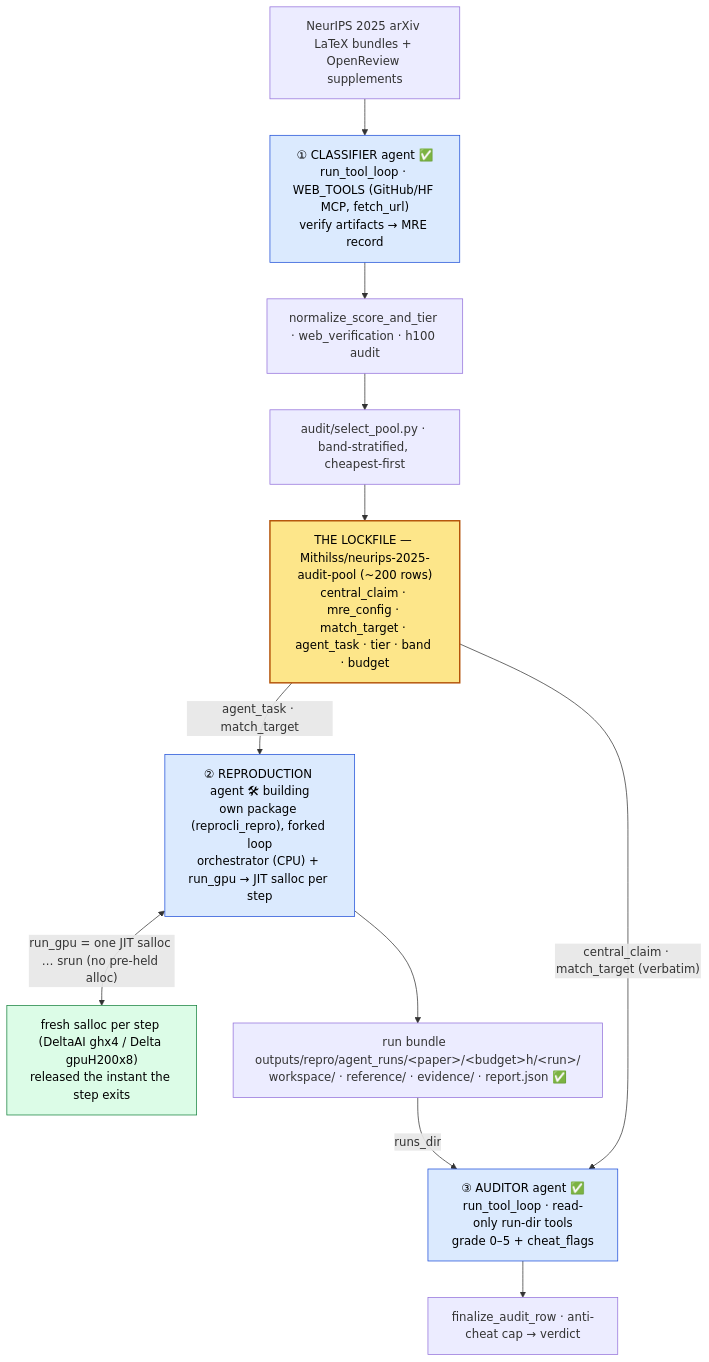
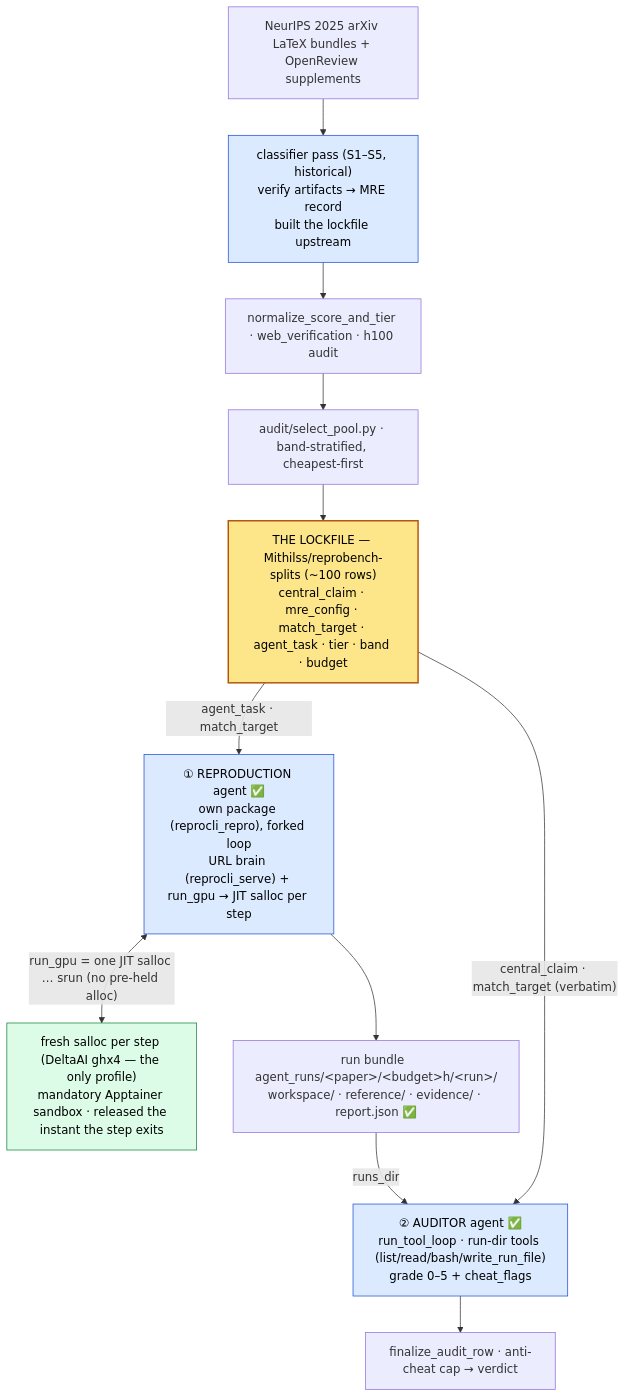
Before and after one commit to mithils3/reprocli: the diagram in docs/architecture.md, drawn with Mermaid. The commit also changed other lines of this file and 1 other file, not shown here.

First line of the commit message:
docs: rewrite architecture for the two-halves system (URL-only brains + reprocli_serve)

````diff
--- a/docs/architecture.md
+++ b/docs/architecture.md
@@ -32,26 +36,26 @@
 ```mermaid
 flowchart TD
   classDef lock fill:#fde68a,stroke:#b45309,stroke-width:2px,color:#000;
   classDef llm  fill:#dbeafe,stroke:#1d4ed8,color:#000;
   classDef gpu  fill:#dcfce7,stroke:#15803d,color:#000;
 
   A["NeurIPS 2025 arXiv LaTeX bundles + OpenReview supplements"]
-  CL["① CLASSIFIER agent ✅<br/>run_tool_loop · WEB_TOOLS (GitHub/HF MCP, fetch_url)<br/>verify artifacts → MRE record"]:::llm
+  CL["classifier pass (S1–S5, historical)<br/>verify artifacts → MRE record<br/>built the lockfile upstream"]:::llm
   POST1["normalize_score_and_tier · web_verification · h100 audit"]
   SEL["audit/select_pool.py · band-stratified, cheapest-first"]
-  LOCK["THE LOCKFILE — Mithilss/neurips-2025-audit-pool (~200 rows)<br/>central_claim · mre_config · match_target · agent_task · tier · band · budget"]:::lock
-  RA["② REPRODUCTION agent 🛠 building<br/>own package (reprocli_repro), forked loop<br/>orchestrator (CPU) + run_gpu → JIT salloc per step"]:::llm
-  GPU["fresh salloc per step (DeltaAI ghx4 / Delta gpuH200x8)<br/>released the instant the step exits"]:::gpu
-  BUN["run bundle  outputs/repro/agent_runs/&lt;paper&gt;/&lt;budget&gt;h/&lt;run&gt;/<br/>workspace/ · reference/ · evidence/ · report.json ✅"]
-  AU["③ AUDITOR agent ✅<br/>run_tool_loop · read-only run-dir tools<br/>grade 0–5 + cheat_flags"]:::llm
+  LOCK["THE LOCKFILE — Mithilss/reprobench-splits (~100 rows)<br/>central_claim · mre_config · match_target · agent_task · tier · band · budget"]:::lock
+  RA["① REPRODUCTION agent ✅<br/>own package (reprocli_repro), forked loop<br/>URL brain (reprocli_serve) + run_gpu → JIT salloc per step"]:::llm
+  GPU["fresh salloc per step (DeltaAI ghx4 — the only profile)<br/>mandatory Apptainer sandbox · released the instant the step exits"]:::gpu
+  BUN["run bundle  agent_runs/&lt;paper&gt;/&lt;budget&gt;h/&lt;run&gt;/<br/>workspace/ · reference/ · evidence/ · report.json ✅"]
+  AU["② AUDITOR agent ✅<br/>run_tool_loop · run-dir tools (list/read/bash/write_run_file)<br/>grade 0–5 + cheat_flags"]:::llm
   POST2["finalize_audit_row · anti-cheat cap → verdict"]
 
   A --> CL --> POST1 --> SEL --> LOCK
   LOCK -->|"agent_task · match_target"| RA
   RA <-->|"run_gpu = one JIT salloc … srun (no pre-held alloc)"| GPU
   RA --> BUN
   LOCK -->|"central_claim · match_target (verbatim)"| AU
   BUN -->|"runs_dir"| AU --> POST2
 
   class LOCK lock;
 ```
````
